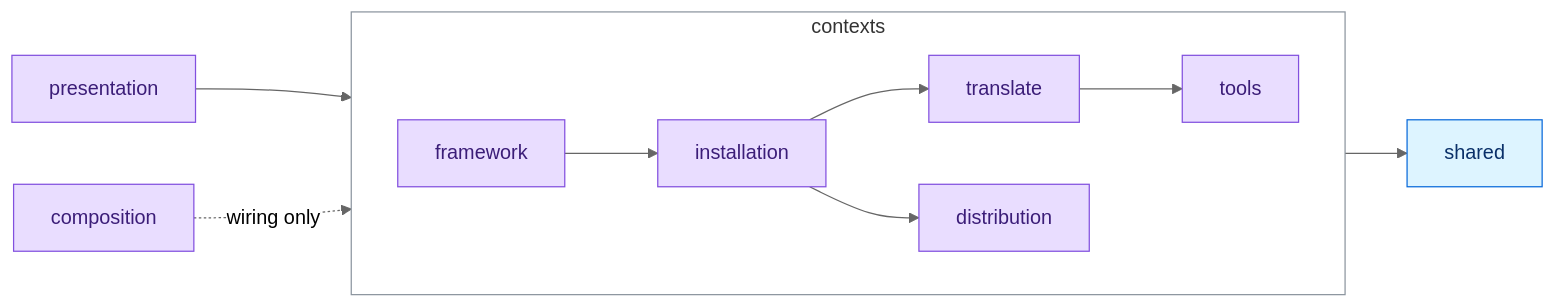
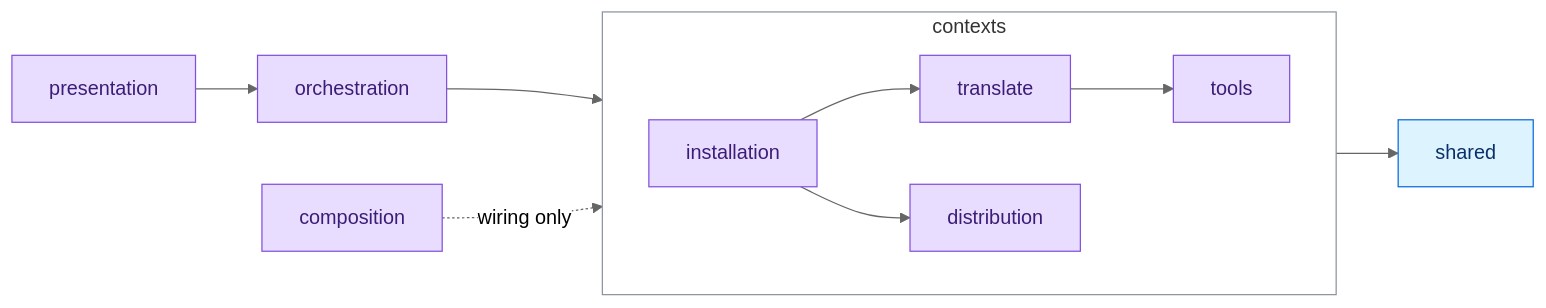
Before and after one commit to ai-driven-dev/framework: the diagram in cli/ARCHITECTURE.md, drawn with Mermaid (neutral theme). The commit also changed other lines of this file and 51 other files, not shown here.

````diff
--- a/cli/ARCHITECTURE.md
+++ b/cli/ARCHITECTURE.md
@@ -5,16 +5,16 @@
 ```mermaid
 flowchart LR
-  presentation["presentation"] --> contexts
+  presentation["presentation"] --> orchestration["orchestration"] --> contexts
   composition["composition"] -.->|wiring only| contexts
   subgraph contexts["contexts"]
     direction LR
-    framework["framework"] --> installation["installation"] --> translate["translate"] --> tools["tools"]
+    installation["installation"] --> translate["translate"] --> tools["tools"]
     installation --> distribution["distribution"]
   end
   contexts --> shared["shared"]
   classDef layer fill:#e9ddff,stroke:#8250df,color:#3b1d78
   classDef base fill:#ddf4ff,stroke:#0969da,color:#0a3069
-  class presentation,composition,framework,installation,translate,tools,distribution layer
+  class presentation,composition,orchestration,installation,translate,tools,distribution layer
   class shared base
   style contexts fill:none,stroke:#8c959f
 ```
````
